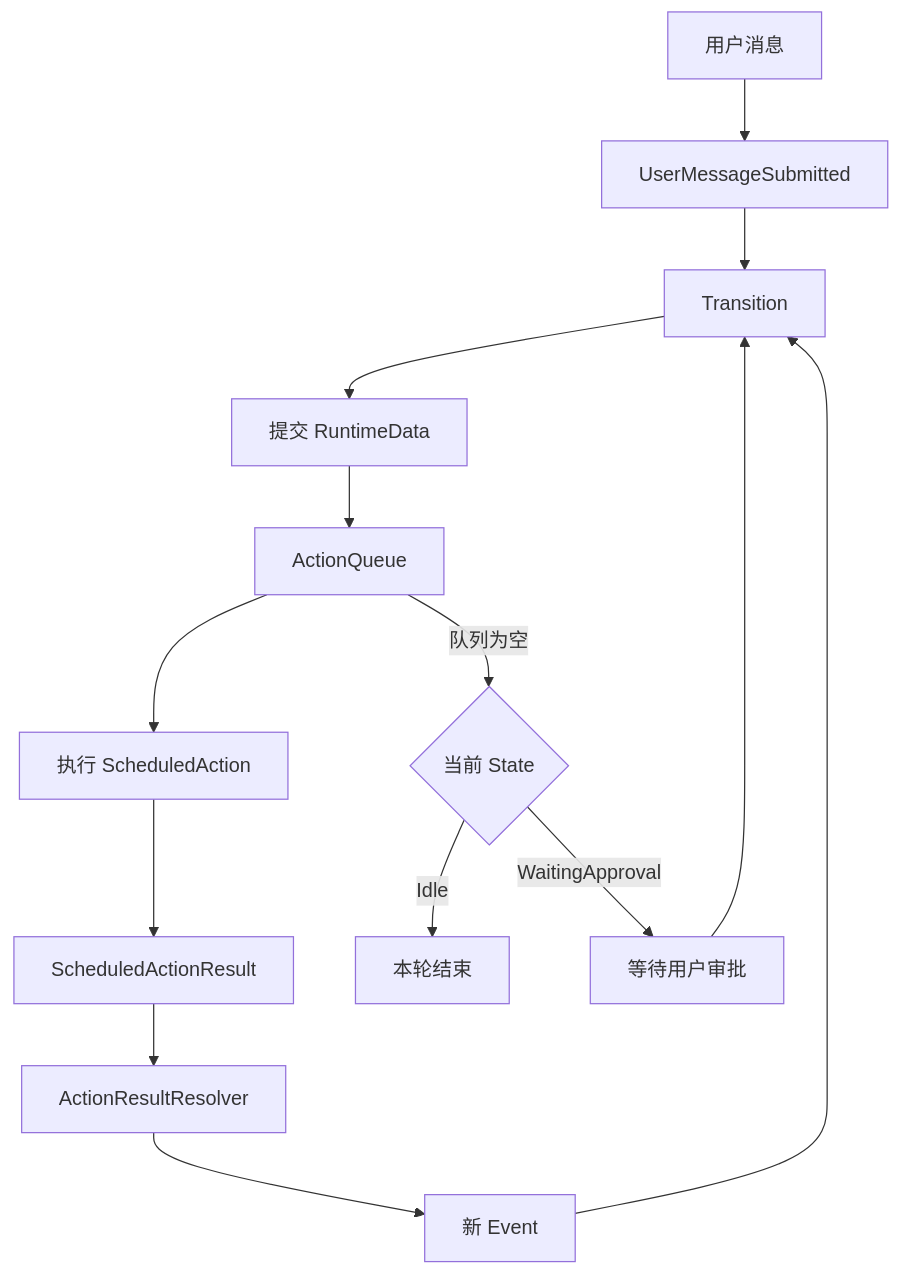
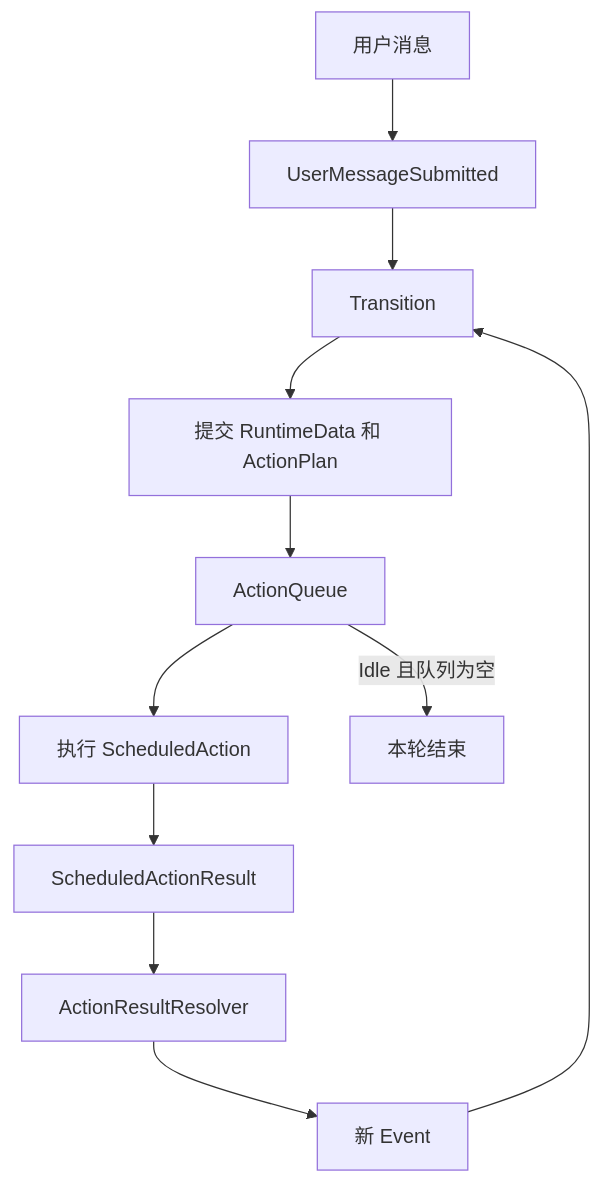
Before and after one commit to Boatjoey/super-agent: the diagram in teach/agent-loop.md, drawn with Mermaid. The commit also changed other lines of this file and 23 other files, not shown here.

````diff
--- a/teach/agent-loop.md
+++ b/teach/agent-loop.md
@@ -49,16 +20,13 @@
 ```mermaid
 flowchart TD
     User[用户消息] --> Event[UserMessageSubmitted]
     Event --> Transition
-    Transition --> Commit[提交 RuntimeData]
+    Transition --> Commit[提交 RuntimeData 和 ActionPlan]
     Commit --> Queue[ActionQueue]
     Queue --> Action[执行 ScheduledAction]
     Action --> Result[ScheduledActionResult]
     Result --> Resolver[ActionResultResolver]
     Resolver --> NextEvent[新 Event]
     NextEvent --> Transition
-    Queue -->|队列为空| State{当前 State}
-    State -->|Idle| Done[本轮结束]
-    State -->|WaitingApproval| Approval[等待用户审批]
-    Approval --> Transition
+    Queue -->|Idle 且队列为空| Done[本轮结束]
 ```
````
